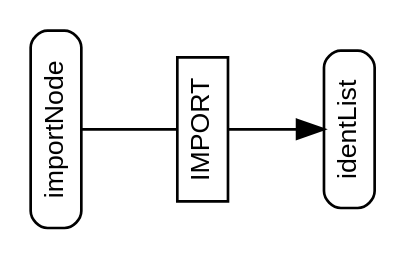
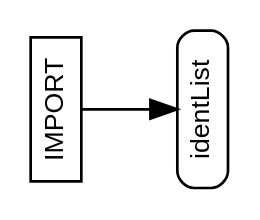
One commit to m2sf/M2-AST-Node-Diagrams changed the diagram in import.dot. Above: the diagram before and after it, drawn with Graphviz.

Commit message:
simplified diagram

```diff
--- a/import.dot
+++ b/import.dot
@@ -1,65 +1,60 @@
 /* AST node diagram generator script collection for M2C, M2J and M2Sharp.
  *
  * Copyright (c) 2016 The Modula-2 Software Foundation
  *
  * Author & Maintainer: Benjamin Kowarsch <org.m2sf>
  *
  * @synopsis
  *
  * The M2C, M2J and M2Sharp compilers are multi-dialect Modula-2 translators
  * and compilers respectively targeting C99, Java/JVM and C#/CLR, sharing a
  * common abstract syntax tree (AST) specification.
  *
  * The AST node diagram generator script collection consists of Graphviz DOT
  * descriptions for all AST node types of the common AST specification.
  *
  * The Graphviz dot utility is required to generate the diagrams. 
  * It may be obtained from http://www.graphviz.org/download.php.
  *
  * @repository
  *
  * https://github.com/m2sf/m2-ast-node-diagrams
  *
  * @file
  *
  * import.dot
  *
  * IMPORT node diagram.
  *
  * Usage: $ dot import.dot -Tps > import.ps
  *
  * @license
  *
  * This is free software: you can redistribute and/or modify it under the
  * terms of the GNU Lesser General Public License (LGPL) either version 2.1
  * or at your choice version 3 as published by the Free Software Foundation.
  * However, you may not alter the copyright, author and license information.
  *
  * It is distributed in the hope that it will be useful,  but WITHOUT
  * ANY WARRANTY; without even the implied warranty of MERCHANTABILITY or
  * FITNESS FOR A PARTICULAR PURPOSE.  Read the license for more details.
  *
  * You should have received a copy of the GNU Lesser General Public License.
  * If not, see <https://www.gnu.org/copyleft/lesser.html>.
  *
  * NB: Components in the domain part of email addresses are in reverse order.
  */
 
 /*** IMPORT Node ***/
 
 digraph IMPORT {
   graph [orientation=landscape,fontname=helvetica];
   node [fontname=helvetica,fontsize=10,shape=box,height=0.25];
   
   node [style=solid];
-  edge [arrowhead=none];
-  importNode -> IMPORT;
-  importNode [style=rounded];
-    
-  node [style=rounded];
   edge [arrowhead=normal];
   IMPORT -> idlist0;
-  idlist0 [label="identList"];
+  idlist0 [label="identList",style=rounded];
 }
 
 /* END OF FILE */
```
